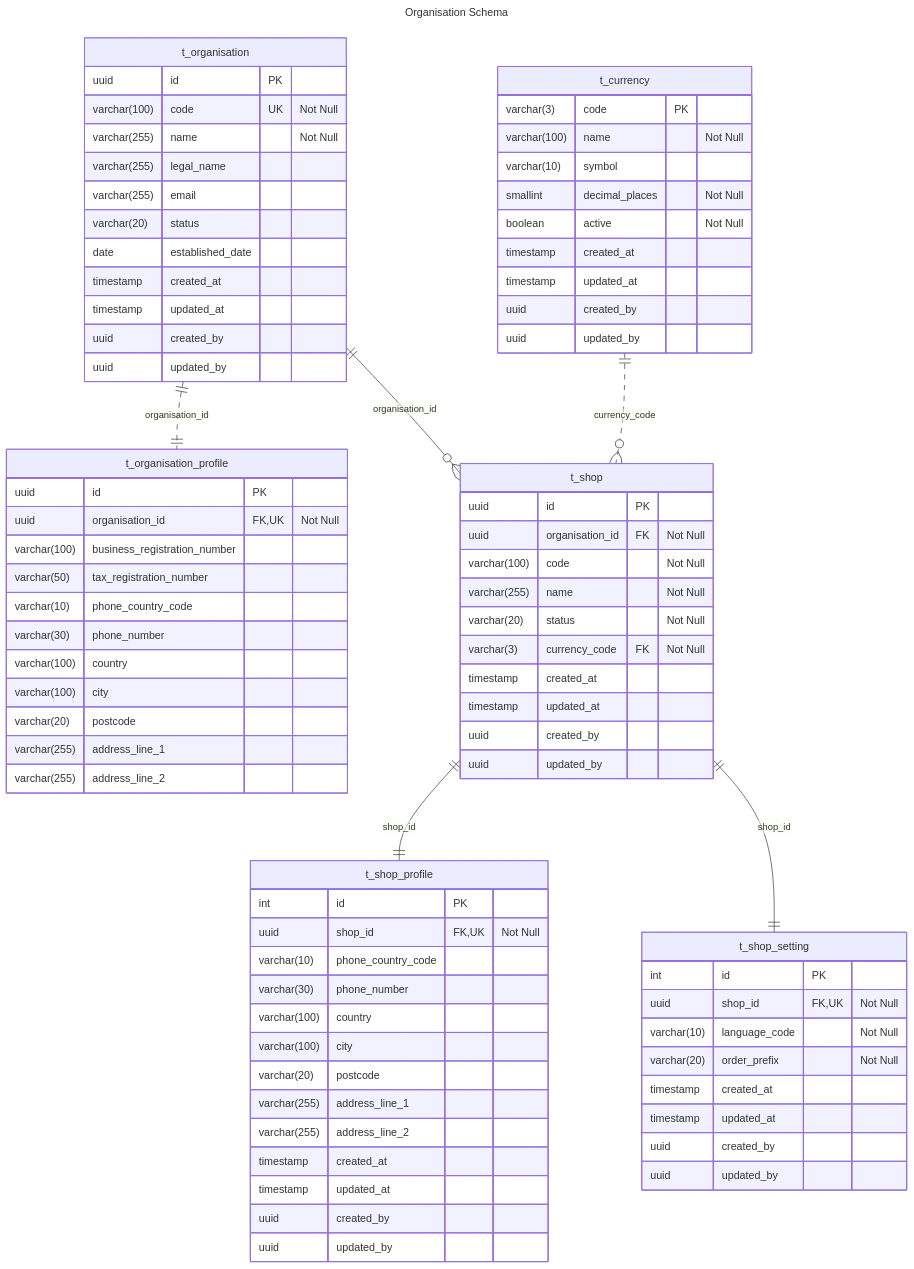
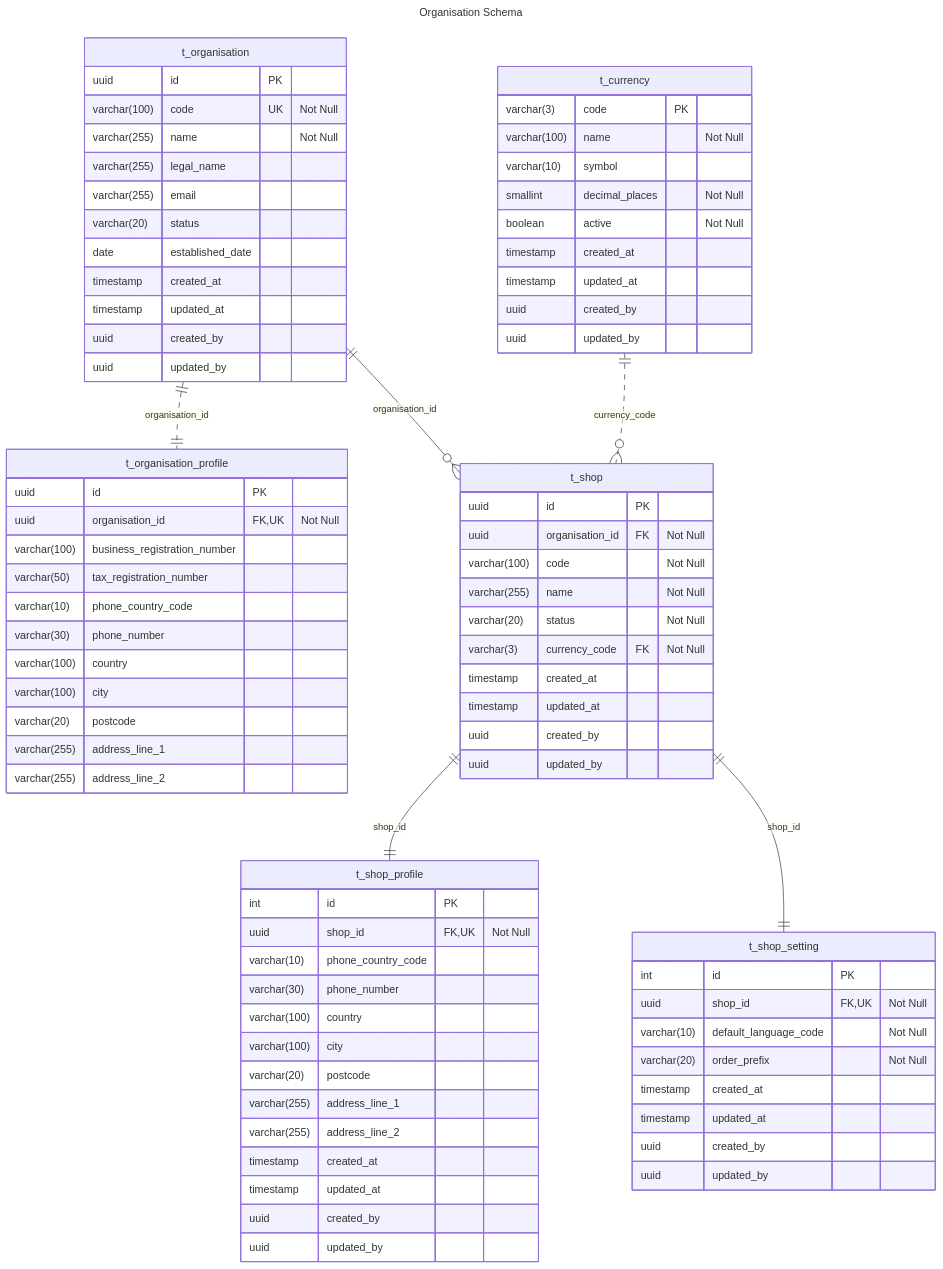
The diagram in database/modules/organisation-erd.md (va4815/stockflow-docs), drawn with Mermaid before and after one commit. The commit also changed 1 other file, not shown here.

Commit message:
docs: add translation table in product schema

```diff
--- a/database/modules/organisation-erd.md
+++ b/database/modules/organisation-erd.md
@@ -126,7 +126,7 @@
         int id PK
         uuid shop_id FK, UK "Not Null"
 
-        varchar(10) language_code "Not Null"
+        varchar(10) default_language_code "Not Null"
         varchar(20) order_prefix "Not Null"
 
         timestamp created_at
```
